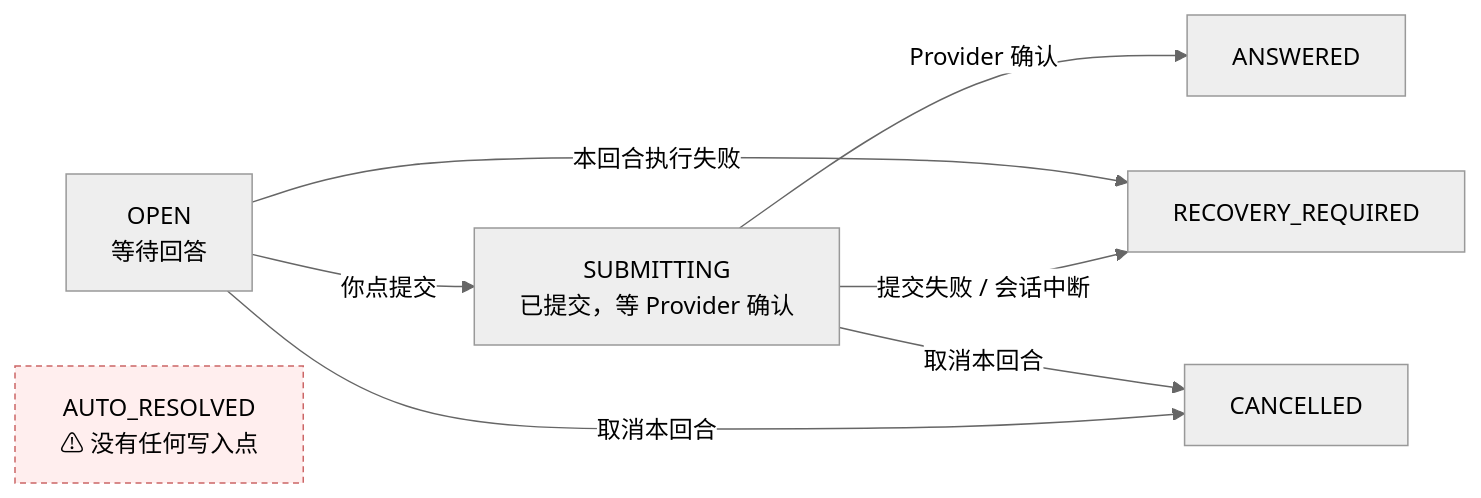
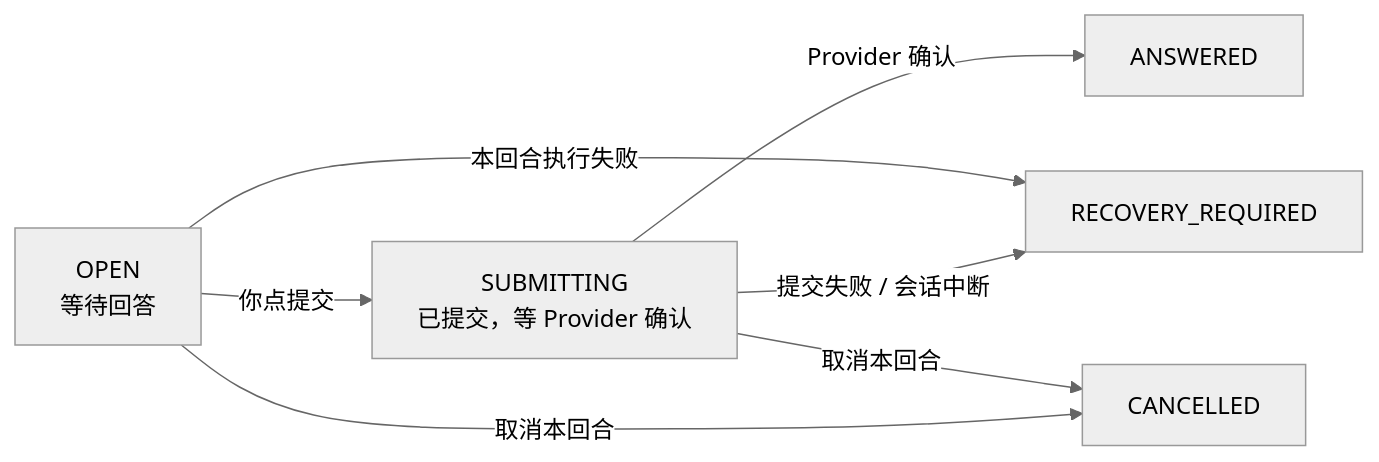
Before and after one commit to DigitalMarsh/pipeline-factory: the second of 10 diagrams in docs/消息类型及事件状态机流程图.md, drawn with Mermaid (neutral theme). The commit also changed other lines of this file and 22 other files, not shown here.

````diff
--- a/docs/消息类型及事件状态机流程图.md
+++ b/docs/消息类型及事件状态机流程图.md
@@ -202,11 +202,9 @@
 ```mermaid
 flowchart LR
   O["OPEN<br/>等待回答"] -->|"你点提交"| S["SUBMITTING<br/>已提交，等 Provider 确认"]
   S -->|"Provider 确认"| A["ANSWERED"]
   S -->|"提交失败 / 会话中断"| RC["RECOVERY_REQUIRED"]
   O -->|"取消本回合"| CX["CANCELLED"]
   S -->|"取消本回合"| CX
   O -->|"本回合执行失败"| RC
-  AR["AUTO_RESOLVED<br/>⚠ 没有任何写入点"]:::dead
-  classDef dead fill:#fee,stroke:#c66,stroke-dasharray:4 3
 ```
````
